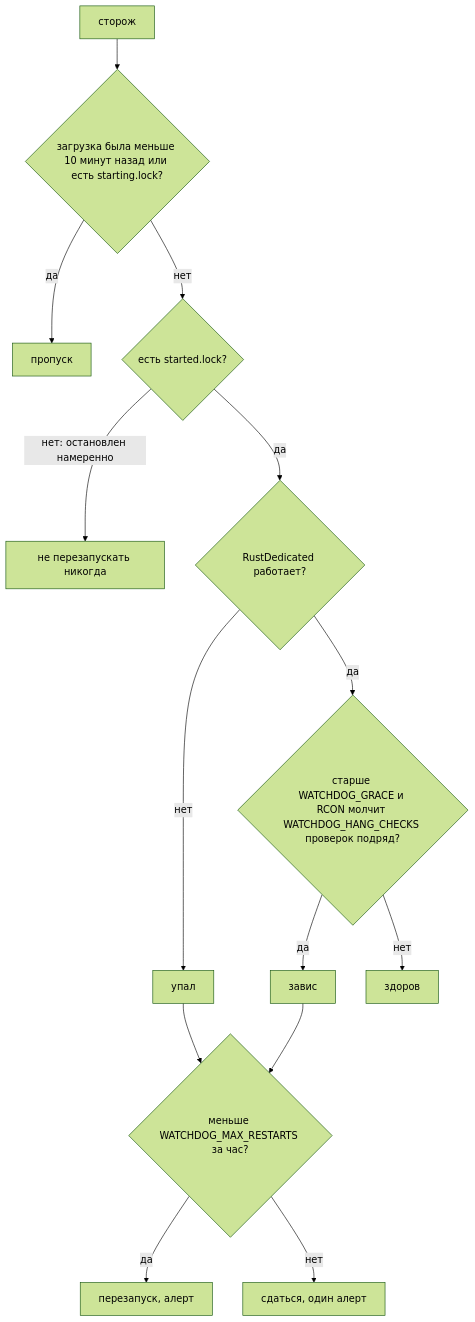
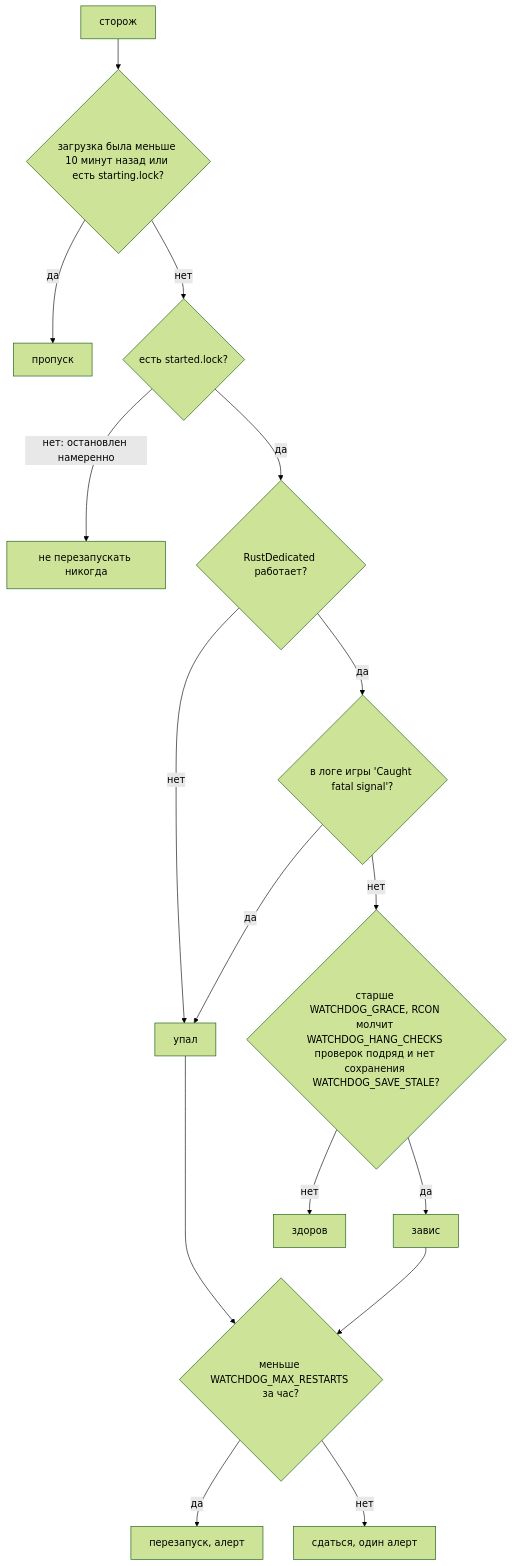
Before and after one commit to wobujidao/rust-wipe-manager: the fifth of 5 diagrams in README_RU.md, drawn with Mermaid (forest theme). The commit also changed other lines of this file and 4 other files, not shown here.

First line of the commit message:
Watchdog: restart on a logged native crash at once; RCON silence alone is not a hang

````diff
--- a/README_RU.md
+++ b/README_RU.md
@@ -453,16 +454,18 @@
 ```mermaid
 flowchart TD
     W["сторож"] --> B{"загрузка была меньше 10 минут назад или есть starting.lock?"}
     B -->|"да"| SK["пропуск"]
     B -->|"нет"| L{"есть started.lock?"}
     L -->|"нет: остановлен намеренно"| NV["не перезапускать никогда"]
     L -->|"да"| P{"RustDedicated работает?"}
     P -->|"нет"| CR["упал"]
-    P -->|"да"| H{"старше WATCHDOG_GRACE и RCON молчит WATCHDOG_HANG_CHECKS проверок подряд?"}
+    P -->|"да"| F{"в логе игры 'Caught fatal signal'?"}
+    F -->|"да"| CR
+    F -->|"нет"| H{"старше WATCHDOG_GRACE, RCON молчит WATCHDOG_HANG_CHECKS проверок подряд и нет сохранения WATCHDOG_SAVE_STALE?"}
     H -->|"да"| HU["завис"]
     H -->|"нет"| OK["здоров"]
     CR --> LIM{"меньше WATCHDOG_MAX_RESTARTS за час?"}
     HU --> LIM
     LIM -->|"да"| RS["перезапуск, алерт"]
     LIM -->|"нет"| GU["сдаться, один алерт"]
 ```
````
